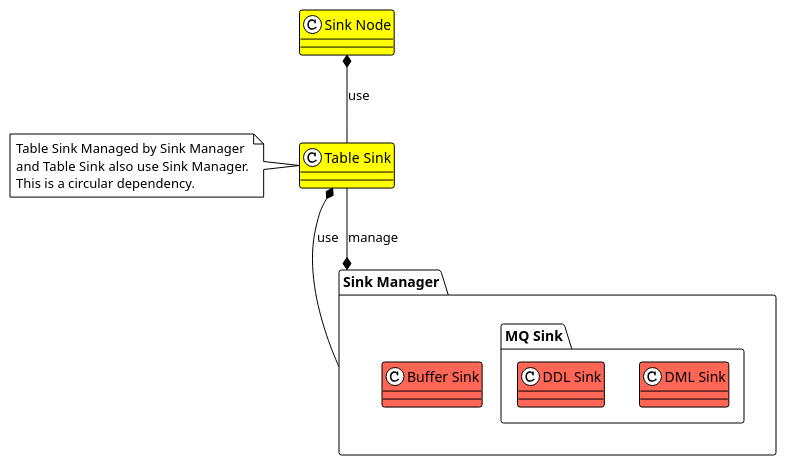
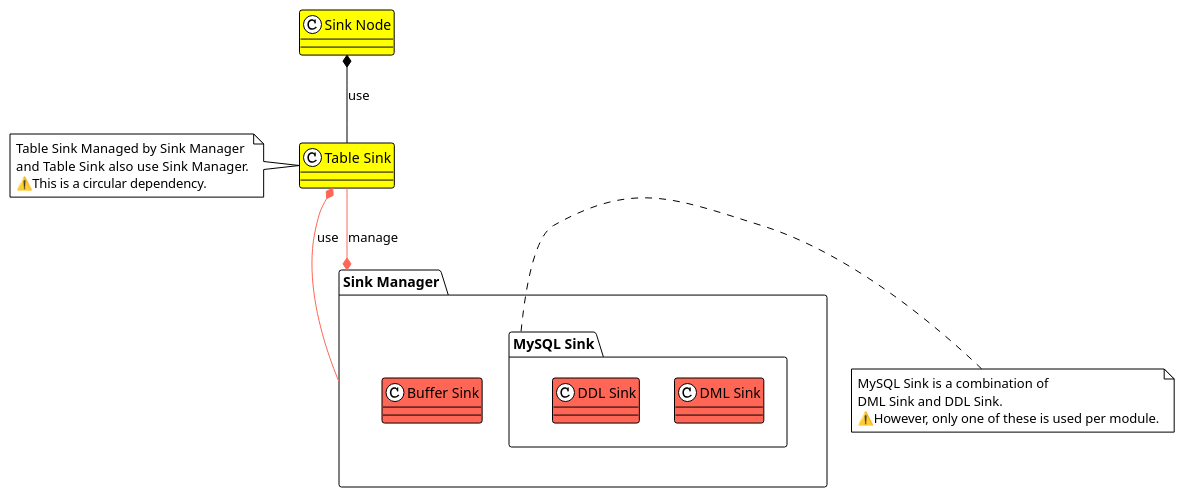
Before and after one commit to 0xPoe/talks: the fourth of 11 diagrams in ticdc-new-sink.slide/slides.md, drawn with PlantUML. The commit also changed other lines of this file, not shown here.

Commit message:
ticdc-new-sink: Add ⚠️

````diff
--- a/ticdc-new-sink.slide/slides.md
+++ b/ticdc-new-sink.slide/slides.md
@@ -332,24 +335,30 @@
 ```plantuml
 @startuml
 !theme plain
 folder "Sink Manager" as SM {
   class BS as "Buffer Sink" #FF6655
-  folder "MQ Sink" as MQS {
+  folder "MySQL Sink" as MS {
     class DML as "DML Sink" #FF6655
     class DDL as "DDL Sink" #FF6655
   }
 }
 class SN as "Sink Node" #Yellow
 class TS as "Table Sink" #Yellow
 
 SN *-- TS : use
-SM *-- TS : manage
-TS *-- SM : use
+SM *-[#FF6655]- TS : manage
+TS *-[#FF6655]- SM : use
 
 note left of TS
   Table Sink Managed by Sink Manager
   and Table Sink also use Sink Manager.
-  This is a circular dependency.
+  ⚠️This is a circular dependency.
+end note
+
+note right of MS
+  MySQL Sink is a combination of
+  DML Sink and DDL Sink.
+  ⚠️However, only one of these is used per module.
 end note
 @enduml
 ```
````
